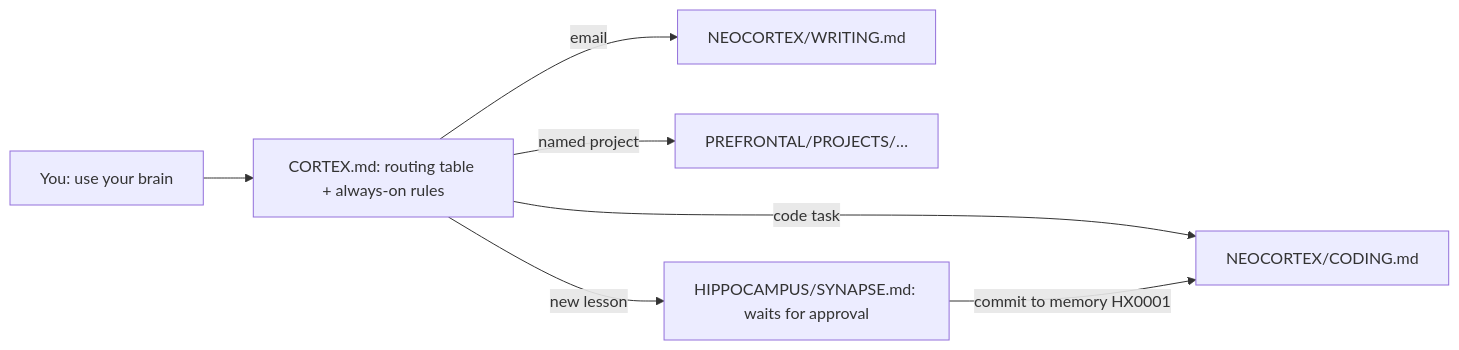
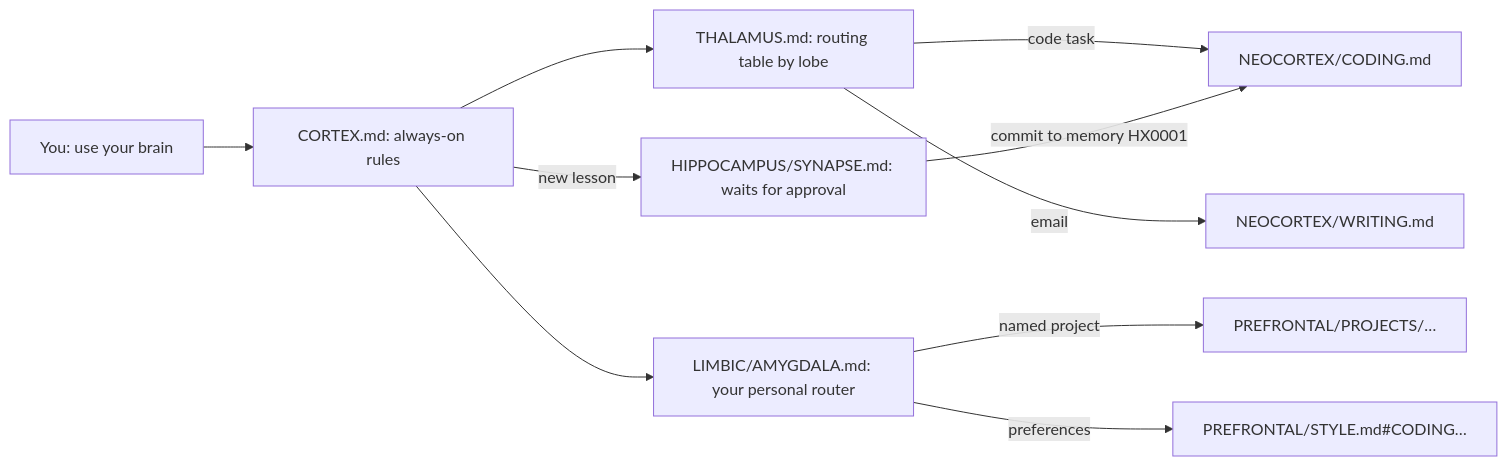
One commit to jimmydagher/claude-brain changed the diagram in README.md. Above: the diagram before and after it, drawn with Mermaid. The commit also changed other lines of this file and 4 other files, not shown here.

````diff
--- a/README.md
+++ b/README.md
@@ -11,9 +11,12 @@
 ```mermaid
 flowchart LR
-    A["You: use your brain"] --> B["CORTEX.md: routing table + always-on rules"]
-    B -->|code task| C["NEOCORTEX/CODING.md"]
-    B -->|email| D["NEOCORTEX/WRITING.md"]
-    B -->|named project| E["PREFRONTAL/PROJECTS/…"]
+    A["You: use your brain"] --> B["CORTEX.md: always-on rules"]
+    B --> T["THALAMUS.md: routing table by lobe"]
+    T -->|code task| C["NEOCORTEX/CODING.md"]
+    T -->|email| D["NEOCORTEX/WRITING.md"]
+    B --> L["LIMBIC/AMYGDALA.md: your personal router"]
+    L -->|named project| E["PREFRONTAL/PROJECTS/…"]
+    L -->|preferences| P["PREFRONTAL/STYLE.md#CODING…"]
     B -->|new lesson| S["HIPPOCAMPUS/SYNAPSE.md: waits for approval"]
     S -->|commit to memory HX0001| C
 ```
````
